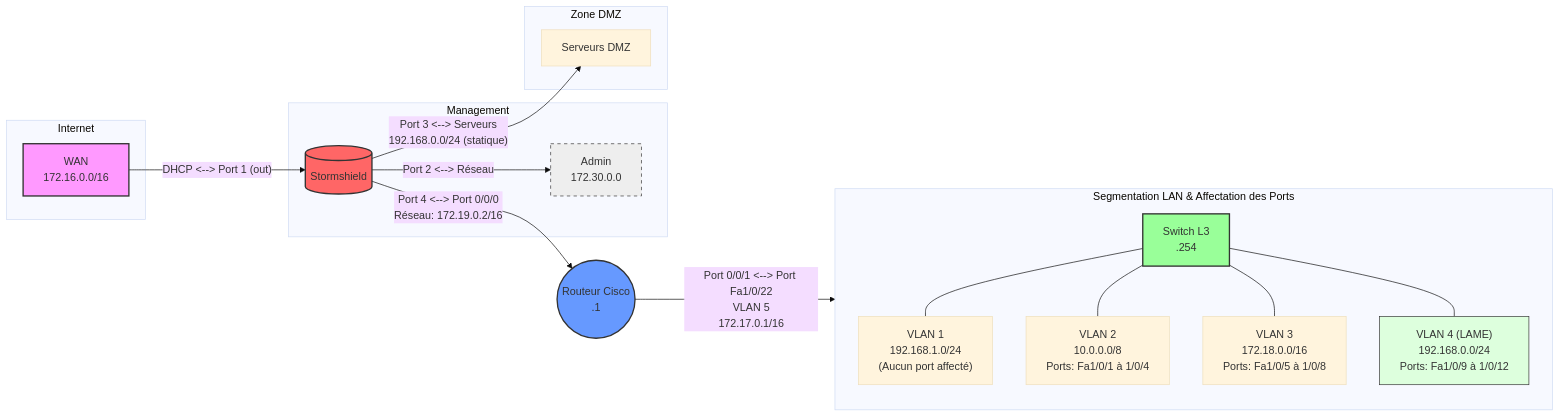
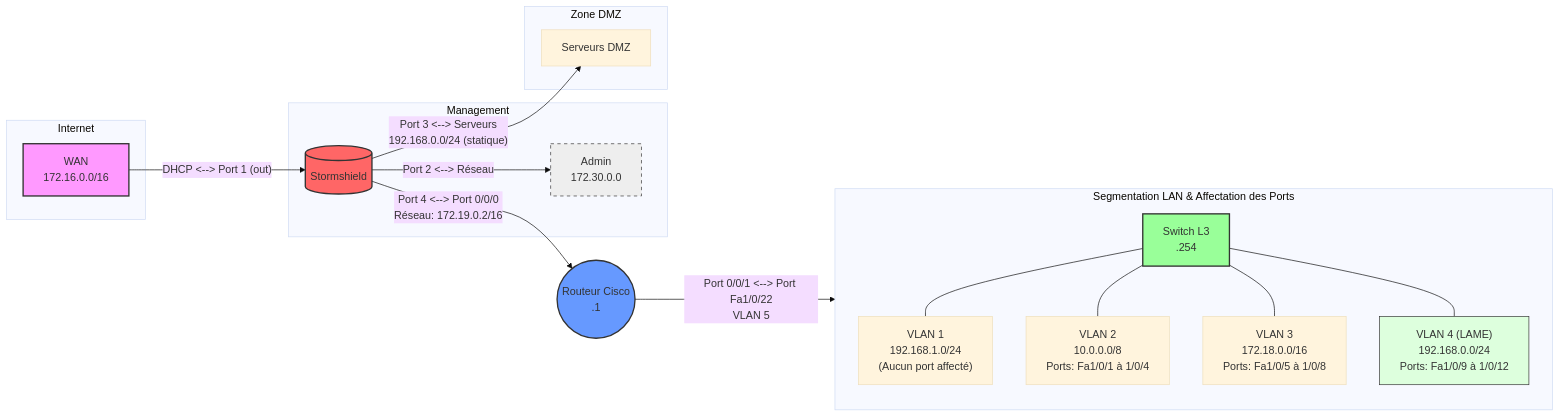
Before and after one commit to Trq-Builds/Schema-Reseau-M2L: the diagram in README.md, drawn with Mermaid (base theme).

````diff
--- a/README.md
+++ b/README.md
@@ -34,35 +34,35 @@
 ```mermaid
 graph LR
     subgraph Internet
     WAN["WAN<br/>172.16.0.0/16"]
     end
 
     WAN -- "DHCP <--> Port 1 (out)" --> FW[("Stormshield")]
 
     subgraph Management
     FW -- "Port 2 <--> Réseau" --> ADMIN["Admin<br/>172.30.0.0"]
     end
 
     subgraph DMZ_Zone[Zone DMZ]
     FW -- "Port 3 <--> Serveurs<br/>192.168.0.0/24 (statique)" --> DMZ_Srv["Serveurs DMZ"]
     end
 
     FW -- "Port 4 <--> Port 0/0/0<br/>Réseau: 172.19.0.2/16" --> R1(("Routeur Cisco<br/>.1"))
     
-    R1 -- "Port 0/0/1 <--> Port Fa1/0/22<br/>VLAN 5<br/>172.17.0.1/16" --> SW["Switch L3<br/>.254"]
+    R1 -- "Port 0/0/1 <--> Port Fa1/0/22<br/>VLAN 5<br/>" --> SW["Switch L3<br/>.254"]
 
     subgraph LAN_Segmentation[Segmentation LAN & Affectation des Ports]
     direction TB
     SW --- V1["VLAN 1<br/>192.168.1.0/24<br/>(Aucun port affecté)"]
     SW --- V2["VLAN 2<br/>10.0.0.0/8<br/>Ports: Fa1/0/1 à 1/0/4"]
     SW --- V3["VLAN 3<br/>172.18.0.0/16<br/>Ports: Fa1/0/5 à 1/0/8"]
     SW --- V4["VLAN 4 (LAME)<br/>192.168.0.0/24<br/>Ports: Fa1/0/9 à 1/0/12"]
     end
 
     style WAN fill:#f9f,stroke:#333,stroke-width:2px
     style FW fill:#f66,stroke:#333,stroke-width:2px
     style R1 fill:#69f,stroke:#333,stroke-width:2px
     style SW fill:#9f9,stroke:#333,stroke-width:2px
     style V4 fill:#dfd,stroke:#333
     style ADMIN fill:#eee,stroke:#333,stroke-dasharray: 5 5
 ```
````
